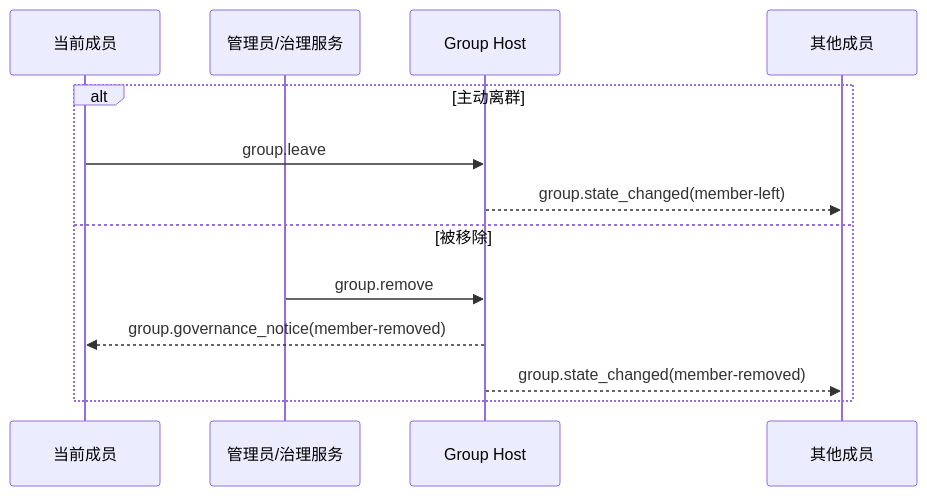
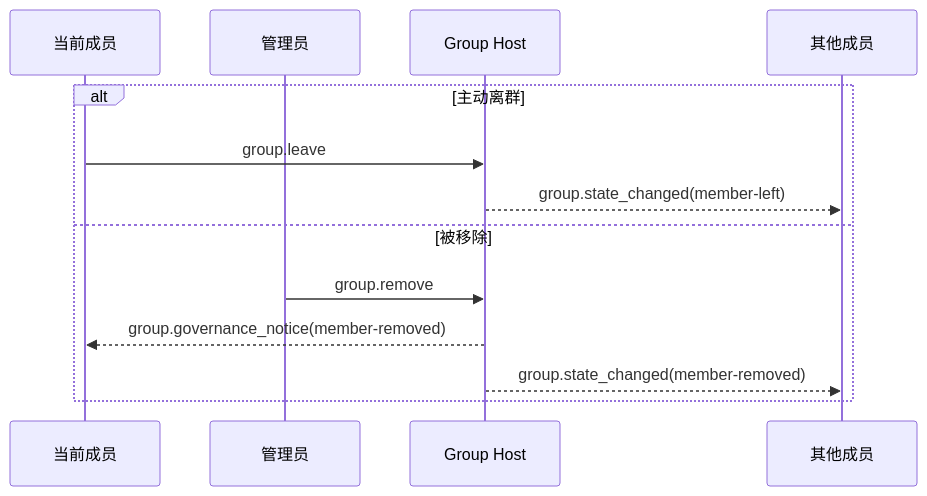
Before and after one commit to NeatNerdPrime/AgentNetworkProtocol: the sixth of 7 diagrams in chinese/message/04-群组基础语义.md, drawn with Mermaid. The commit also changed other lines of this file and 8 other files, not shown here.

````diff
--- a/chinese/message/04-群组基础语义.md
+++ b/chinese/message/04-群组基础语义.md
@@ -1290,16 +1311,16 @@
 ```mermaid
 sequenceDiagram
     participant Member as 当前成员
-    participant Operator as 管理员/治理服务
+    participant Operator as 管理员
     participant Host as Group Host
     participant Members as 其他成员
 
     alt 主动离群
         Member->>Host: group.leave
         Host-->>Members: group.state_changed(member-left)
     else 被移除
         Operator->>Host: group.remove
         Host-->>Member: group.governance_notice(member-removed)
         Host-->>Members: group.state_changed(member-removed)
     end
 ```
````
